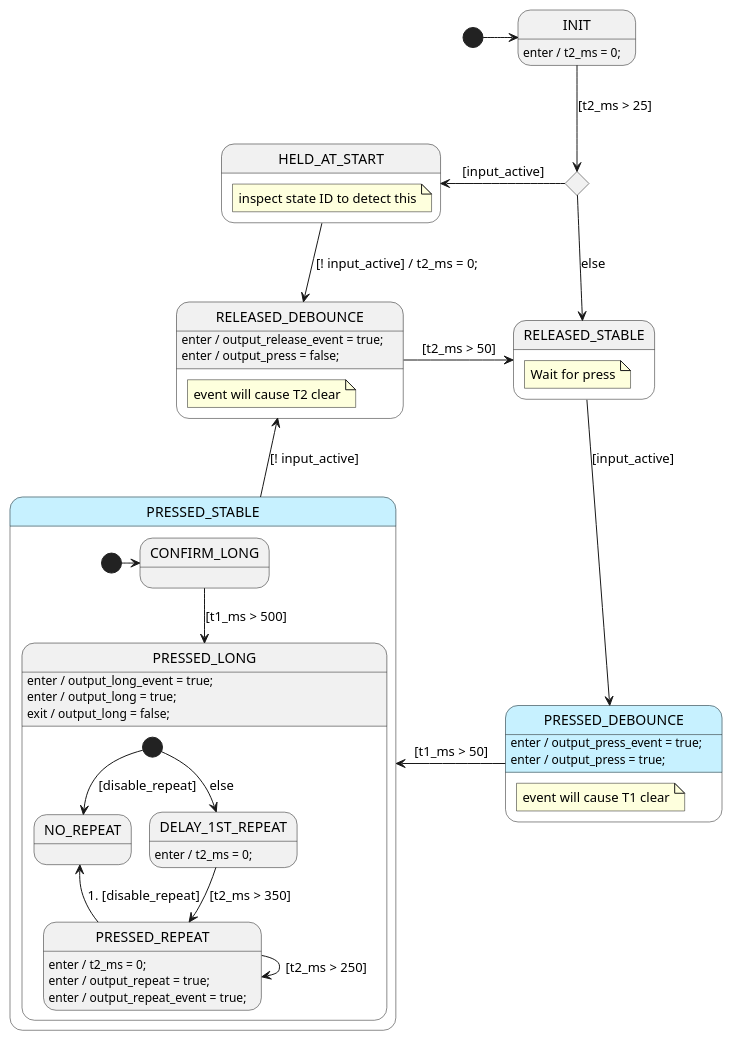
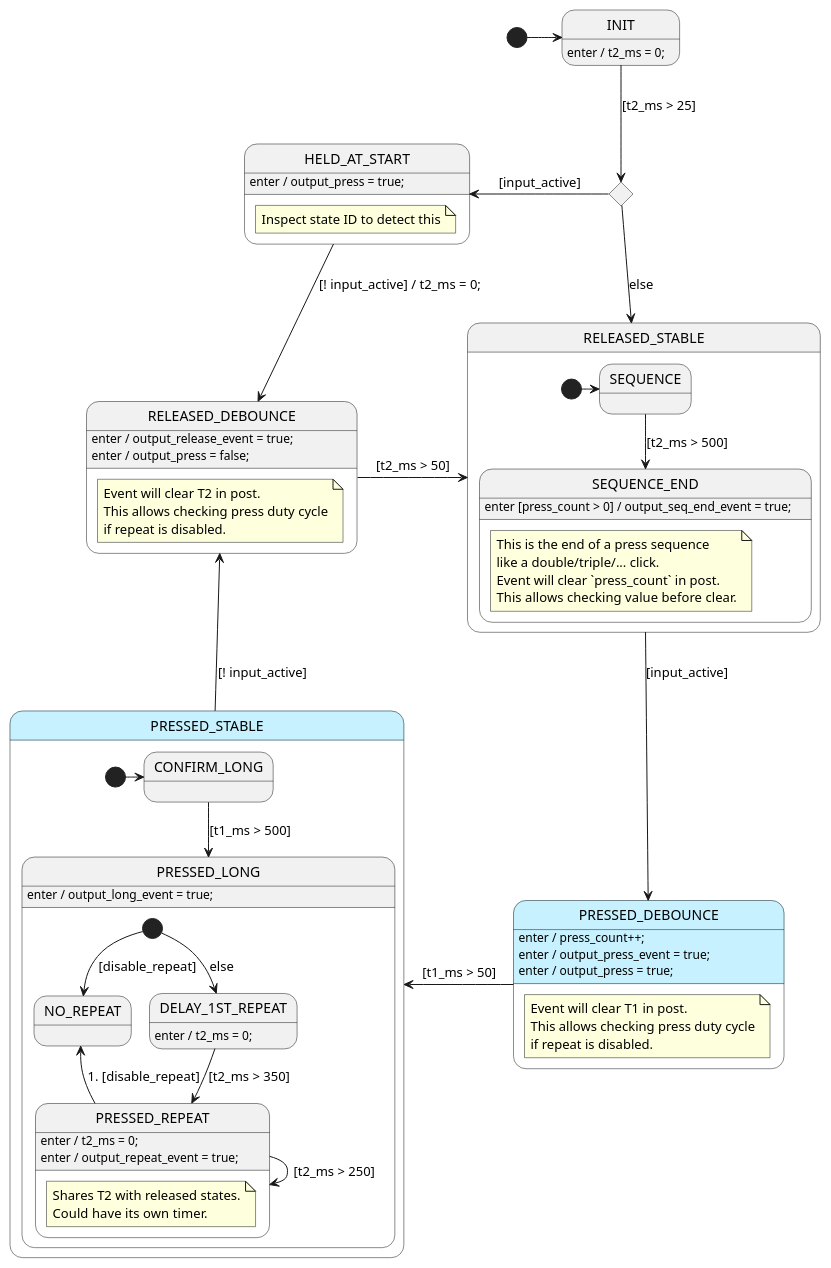
The diagram in src/bb2/bb2-c/BeButton2Sm.plantuml (adamfk/bespoke-button), drawn with PlantUML before and after one commit. The commit also changed 3 other files, not shown here.

```diff
--- a/src/bb2/bb2-c/BeButton2Sm.plantuml
+++ b/src/bb2/bb2-c/BeButton2Sm.plantuml
@@ -1,147 +1,158 @@
 @startuml BeButton2Sm
 
 ' /////////////////////////// Styles ////////////////////////////////
 ' Define some colors for the states. Totally optional.
 skinparam state {
     ' pressed style:
     BackgroundColor<<press_style>> #c7f1ff
 }
 
 ' //////////////////////// STATE ORGANIZATION ///////////////////////
 ' Note: StateSmith treats state names and events as case insensitive.
 ' More info: https://github.com/StateSmith/StateSmith/wiki/PlantUML
 
 state INIT
 state INIT_CHOICE<<choice>>
 
 state HELD_AT_START {
-    note "inspect state ID to detect this" as N1
+    note "Inspect state ID to detect this" as N1
 }
 
 state RELEASED_DEBOUNCE {
-    note "event will cause T2 clear" as N1
+    note "Event will clear T2 in post.\nThis allows checking press duty cycle\nif repeat is disabled." as N1
 }
 state RELEASED_STABLE {
-    note "Wait for press" as N1
+    state SEQUENCE
+    state SEQUENCE_END  {
+        note "This is the end of a press sequence\nlike a double/triple/... click.\nEvent will clear `press_count` in post.\nThis allows checking value before clear." as N1
+    }
+    [*] -> SEQUENCE
 }
 
 state PRESSED_DEBOUNCE <<press_style>> {
-    note "event will cause T1 clear" as N1
+    note "Event will clear T1 in post.\nThis allows checking press duty cycle\nif repeat is disabled." as N1
 }
 state PRESSED_STABLE <<press_style>> {
     [*] -> CONFIRM_LONG
     state CONFIRM_LONG
     state PRESSED_LONG {
         state NO_REPEAT
         state DELAY_1ST_REPEAT
-        state PRESSED_REPEAT
+        state PRESSED_REPEAT {
+            note "Shares T2 with released states.\nCould have its own timer." as N1
+        }
         [*] --> DELAY_1ST_REPEAT: else
         [*] --> NO_REPEAT: [disable_repeat]
     }
 }
 
 
 [*] -> INIT
 
 
 
 ' ///////////////////////// STATE HANDLERS /////////////////////////
 ' Syntax: https://github.com/StateSmith/StateSmith/wiki/Behaviors
 
 INIT: enter / t2_ms = 0;
 INIT -down-> INIT_CHOICE: [t2_ms > 25]
 
 INIT_CHOICE -left-> HELD_AT_START: [input_active]
 INIT_CHOICE --> RELEASED_STABLE: else
 
+HELD_AT_START: enter / output_press = true;
 HELD_AT_START --> RELEASED_DEBOUNCE: [! input_active] / t2_ms = 0;
 
 ' Wait for debounce time and then go to stable state.
 RELEASED_DEBOUNCE: enter / output_release_event = true;
 RELEASED_DEBOUNCE: enter / output_press = false;
 RELEASED_DEBOUNCE -right-> RELEASED_STABLE: [t2_ms > 50]
 
 ' Button is released. Wait for button press.
 RELEASED_STABLE -down-> PRESSED_DEBOUNCE: [input_active]
 
+SEQUENCE --> SEQUENCE_END: [t2_ms > 500]
+
+SEQUENCE_END: enter [press_count > 0] / output_seq_end_event = true;
+
+
 ' Wait for debounce time and then go to stable state.
+PRESSED_DEBOUNCE: enter / press_count++;
 PRESSED_DEBOUNCE: enter / output_press_event = true;
 PRESSED_DEBOUNCE: enter / output_press = true;
 PRESSED_DEBOUNCE -left-> PRESSED_STABLE: [t1_ms > 50]
 
 ' Button is pressed. Wait for button release.
 PRESSED_STABLE -up-> RELEASED_DEBOUNCE: [! input_active]
 
 ' Button is still pressed. Wait for long press time.
 CONFIRM_LONG --> PRESSED_LONG: [t1_ms > 500]
 
 ' Button has been pressed for a long time.
 ' Transition to repeat state if button remains pressed long enough.
 PRESSED_LONG: enter / output_long_event = true;
-PRESSED_LONG: enter / output_long = true;
-PRESSED_LONG: exit / output_long = false;
 
 DELAY_1ST_REPEAT: enter / t2_ms = 0;
 DELAY_1ST_REPEAT --> PRESSED_REPEAT: [t2_ms > 350]
 
 ' Keep setting the button repeat event every 250 ms.
 PRESSED_REPEAT: enter / t2_ms = 0;
-PRESSED_REPEAT: enter / output_repeat = true;
 PRESSED_REPEAT: enter / output_repeat_event = true;
 PRESSED_REPEAT --> PRESSED_REPEAT: [t2_ms > 250]
 PRESSED_REPEAT -up-> NO_REPEAT: 1. [disable_repeat]
 
 
 ' //////////////////////// StateSmith config ////////////////////////
 ' The below special comment block sets the StateSmith configuration.
 ' More info: https://github.com/StateSmith/StateSmith/issues/335
 
 /'! $CONFIG : toml
 SmRunnerSettings.transpilerId = "C99"
 
 RenderConfig.C.HFileIncludes = """
     #include <stdint.h> // for fixed width integer state machine variables below
     """
 RenderConfig.AutoExpandedVars = """
     //////////////////////////////////////////
     // INPUTS
     //////////////////////////////////////////
 
     // you need to add your loop time to this variable in your main loop.
     // max time is 65535 ms.
     uint16_t t1_ms;
 
     // you need to add your loop time to this variable in your main loop.
     // max time is 65535 ms.
     uint16_t t2_ms;
 
     // set to 1 when button is detected as active.
     uint8_t input_active: 1;
 
     // set to 1 to disable repeat events.
     // the repeat state uses t2
     uint8_t disable_repeat: 1;
 
     //////////////////////////////////////////
     // OUTPUTS
     //////////////////////////////////////////
 
     // read and clear event flags in your main loop.
     uint8_t output_release_event: 1;
     uint8_t output_press_event: 1;
     uint8_t output_long_event: 1;
     uint8_t output_repeat_event: 1;
+    uint8_t output_seq_end_event: 1;
 
     // read these flags in your main loop, but don't clear them.
     // they are cleared automatically.
     uint8_t output_press: 1;
-    uint8_t output_long: 1;
 
     uint8_t press_count;
+
     """
 
 # Uncomment the below line to potentially save a byte or two of RAM per state machine
 # by telling GCC to use the smallest enumeration integer type possible.
 RenderConfig.C.CEnumDeclarer = "typedef enum __attribute__((packed)) {enumName}"
 '/
 @enduml
```
